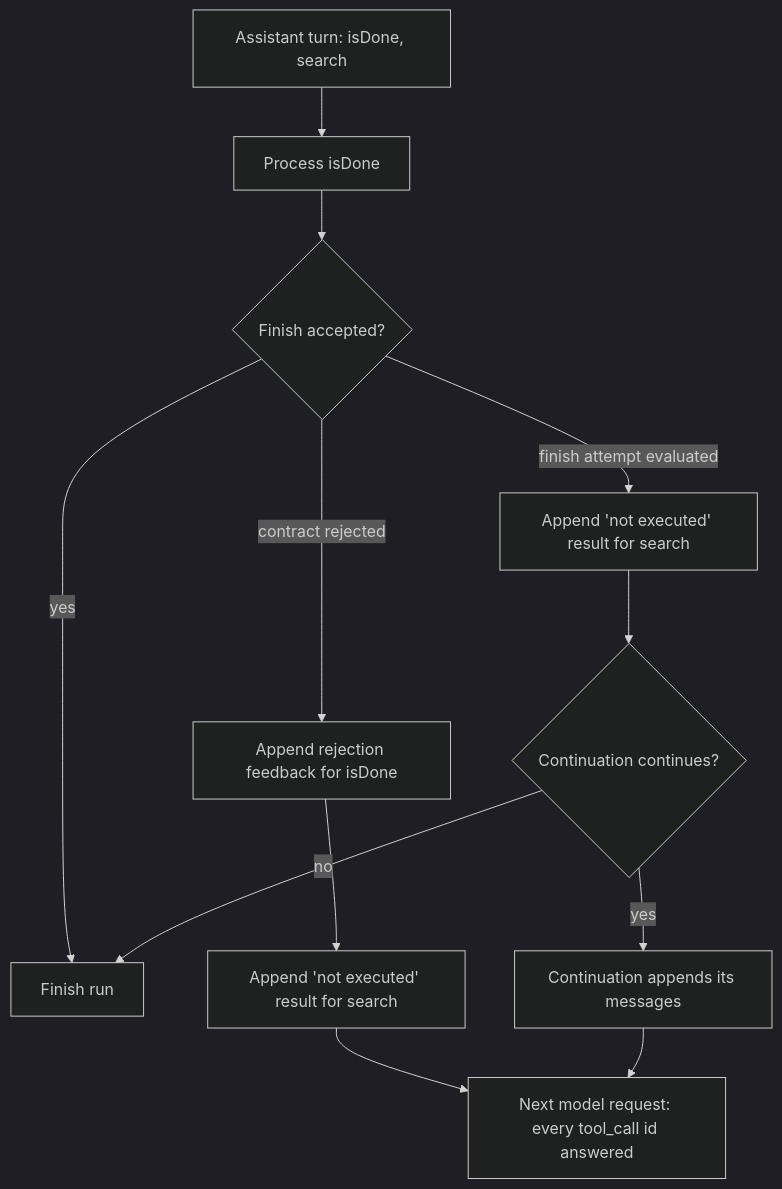
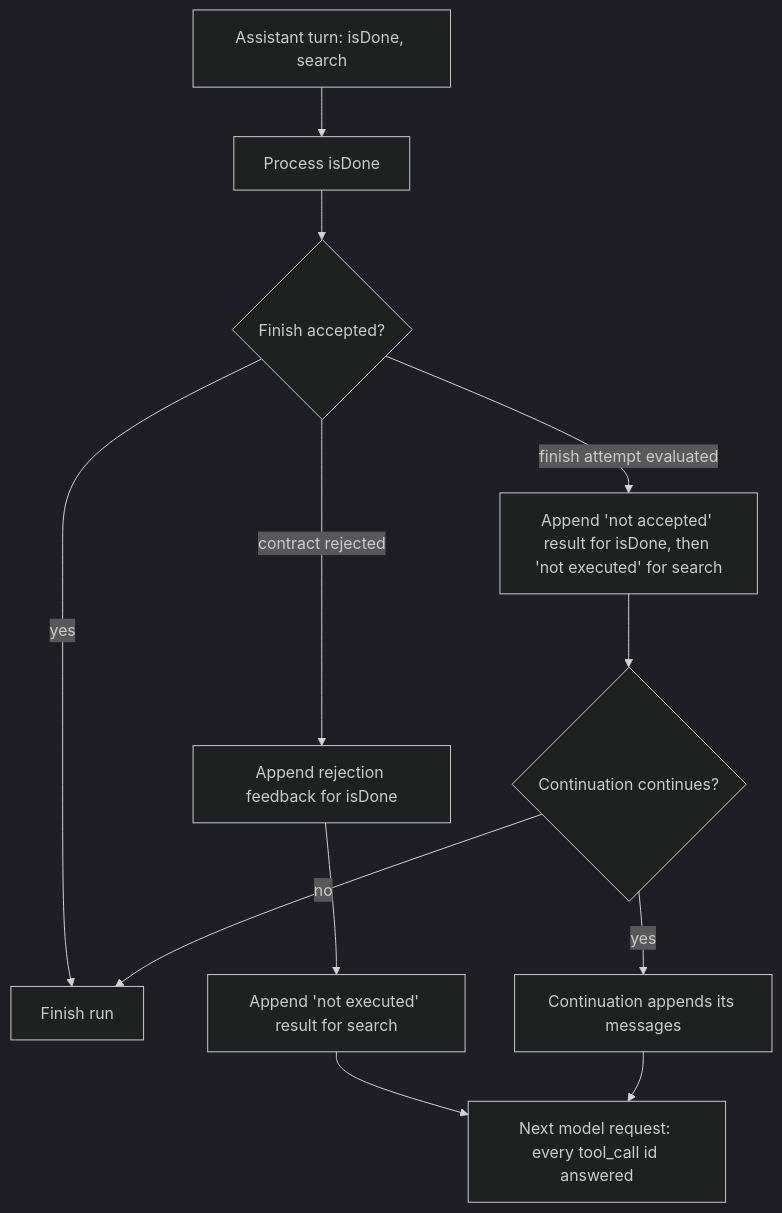
Before and after one commit to cerredz/Vidbyte-SDK: the diagram in docs/design/rejected-finish-sibling-tool-results.md, drawn with Mermaid (dark theme). The commit also changed other lines of this file and 2 other files, not shown here.

First line of the commit message:
fix(agents): answer the isDone call of a continued finish

````diff
--- a/docs/design/rejected-finish-sibling-tool-results.md
+++ b/docs/design/rejected-finish-sibling-tool-results.md
@@ -9,14 +9,14 @@
 ```mermaid
 flowchart TD
     A[Assistant turn: isDone, search] --> B[Process isDone]
     B --> C{Finish accepted?}
     C -- yes --> D[Finish run]
     C -- contract rejected --> E[Append rejection feedback for isDone]
     E --> F[Append 'not executed' result for search]
-    C -- finish attempt evaluated --> G[Append 'not executed' result for search]
+    C -- finish attempt evaluated --> G[Append 'not accepted' result for isDone, then 'not executed' for search]
     G --> H{Continuation continues?}
     H -- no --> D
     H -- yes --> I[Continuation appends its messages]
     F --> J[Next model request: every tool_call id answered]
     I --> J
 ```
````
